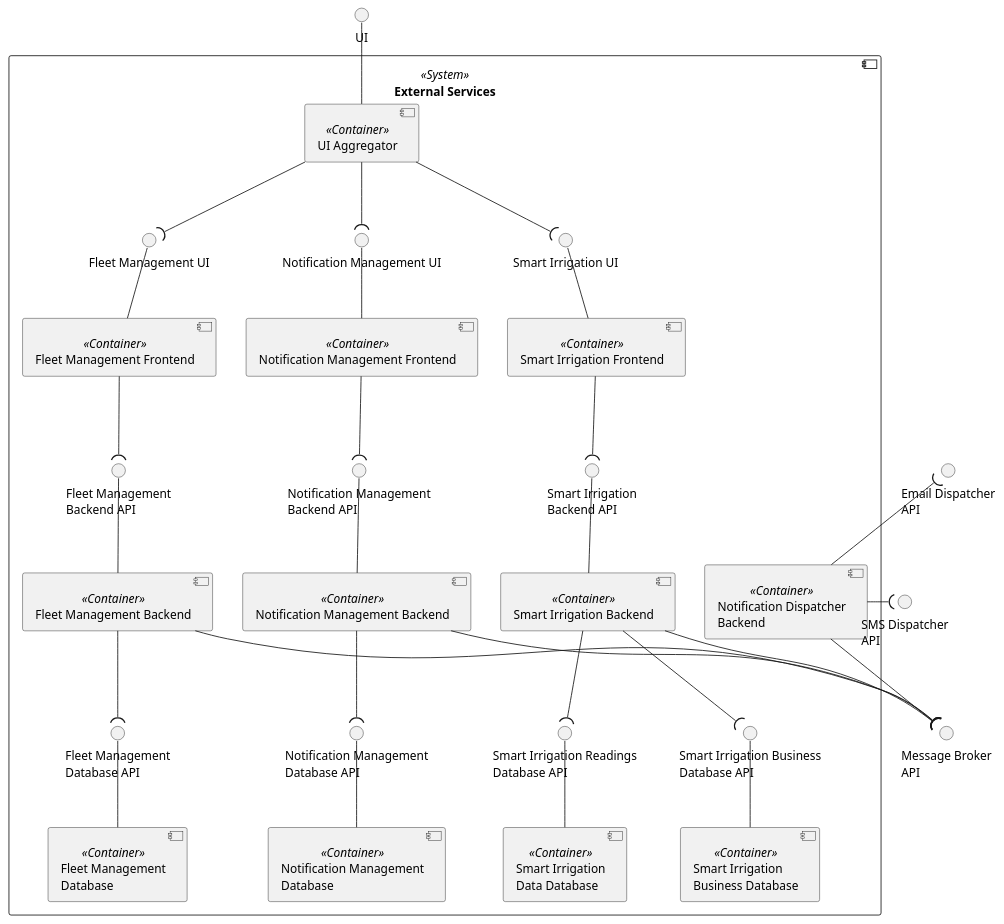
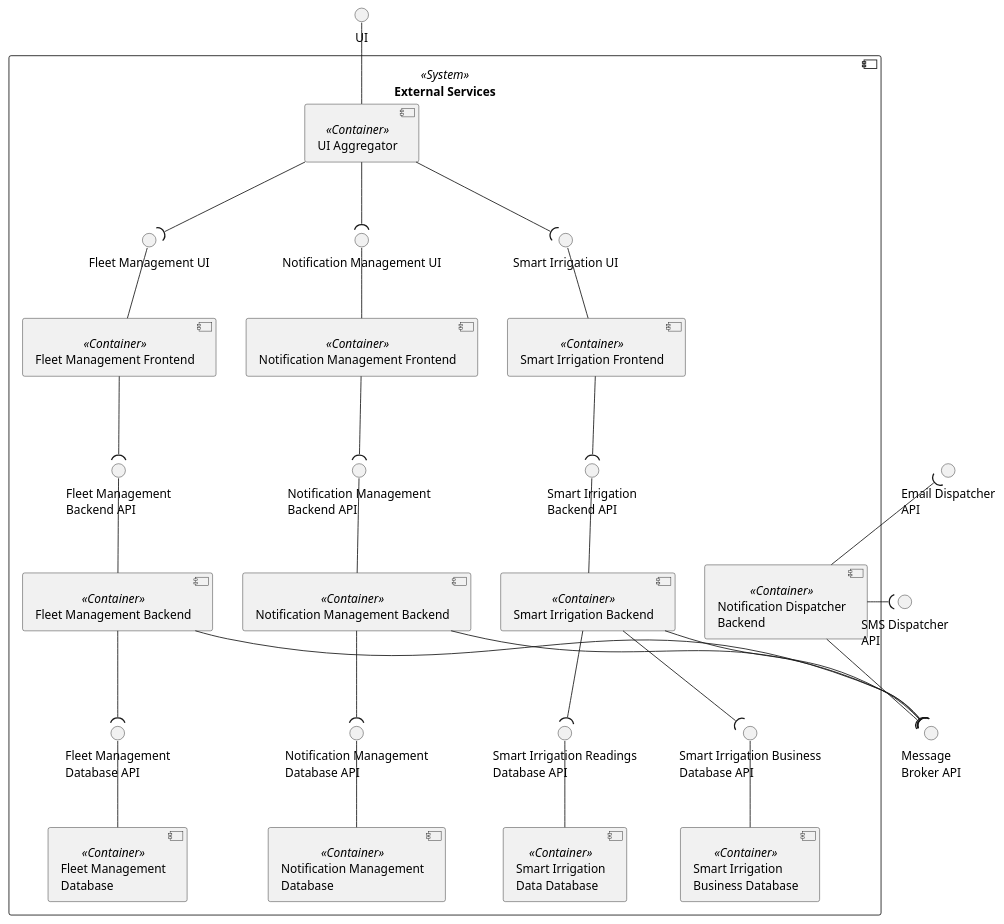
The diagram in assets/diagrams/design/architectural/level2/logical/service.pu (FilipeMCruz/dissertation), drawn with PlantUML before and after one commit. The commit also changed 343 other files, not shown here.

```diff
--- a/assets/diagrams/design/architectural/level2/logical/service.pu
+++ b/assets/diagrams/design/architectural/level2/logical/service.pu
@@ -1,83 +1,83 @@
 @startuml service
 
 'left to right direction
 
 skinparam sequenceMessageAlign center
 skinparam Shadowing false
 skinparam componentStyle uml2
 skinparam packageStyle rectangle
 
 interface "UI" as UI
 
 interface "SMS Dispatcher\nAPI" as SMTP_ENDPOINT
 interface "Email Dispatcher\nAPI" as SMS_ENDPOINT
-interface "Message Broker\nAPI" as MB_API
+interface "Message\nBroker API" as MB_API
 
 component "External Services" <<System>> {
     component "UI Aggregator" as UIAG <<Container>>
     component "Fleet Management Frontend" as LTF <<Container>>
     component "Smart Irrigation Frontend" as SIF <<Container>>
     component "Notification Management Frontend" as NOTIF_MAN_FRONT <<Container>>
 
     interface "Fleet Management UI" as LTF_API
     interface "Smart Irrigation UI" as SIF_API
     interface "Notification Management UI" as NOTIF_MAN_FRONT_API
 
     LTF_API -- LTF
     SIF_API -- SIF
     NOTIF_MAN_FRONT_API -- NOTIF_MAN_FRONT
 
     UIAG --( LTF_API
     UIAG --( SIF_API
     UIAG --( NOTIF_MAN_FRONT_API
 
 
     component "Fleet Management Backend" as LTB <<Container>>
     component "Smart Irrigation Backend" as SIB <<Container>>
     component "Fleet Management\nDatabase" as QUESTDB <<Container>>
     component "Smart Irrigation\nData Database" as SIDDB <<Container>>
     component "Smart Irrigation\nBusiness Database" as SIBDB <<Container>>
 
     component "Notification Management Backend" as NOTIF_MAN_BACK <<Container>>
     component "Notification Management\nDatabase" as NOTIF_MAN_DB <<Container>>
     component "Notification Dispatcher\nBackend" as NOTIF_BACK <<Container>>
 
     interface "Fleet Management\nBackend API" as LTB_API
     interface "Smart Irrigation\nBackend API" as SIB_API
     interface "Fleet Management\nDatabase API" as QUESTDB_API
     interface "Smart Irrigation Readings\nDatabase API" as SIDDB_API
     interface "Smart Irrigation Business\nDatabase API" as SIBDB_API
     interface "Notification Management\nBackend API" as NOTIF_MAN_BACK_API
     interface "Notification Management\nDatabase API" as NOTIF_MAN_DB_API
 
     LTB --( QUESTDB_API
     NOTIF_MAN_BACK --( NOTIF_MAN_DB_API
     SIB --( SIDDB_API
     SIB --( SIBDB_API
     NOTIF_MAN_BACK_API -- NOTIF_MAN_BACK
     LTB_API -- LTB
     SIB_API -- SIB
     UI -- UIAG
     QUESTDB_API -- QUESTDB
     NOTIF_MAN_DB_API -- NOTIF_MAN_DB
     SIDDB_API -- SIDDB
     SIBDB_API -- SIBDB
     LTF --( LTB_API
     SIF --( SIB_API
     NOTIF_MAN_FRONT --( NOTIF_MAN_BACK_API
 
     LTB --( MB_API
     SIB --( MB_API
     NOTIF_MAN_BACK --( MB_API
     NOTIF_BACK --( MB_API
 
     NOTIF_BACK -( SMTP_ENDPOINT
     SMS_ENDPOINT )-- NOTIF_BACK
 
     NOTIF_MAN_BACK -[hidden] NOTIF_BACK
 
     NOTIF_MAN_BACK -[hidden] SIB
 }
 
 
 @enduml
```
